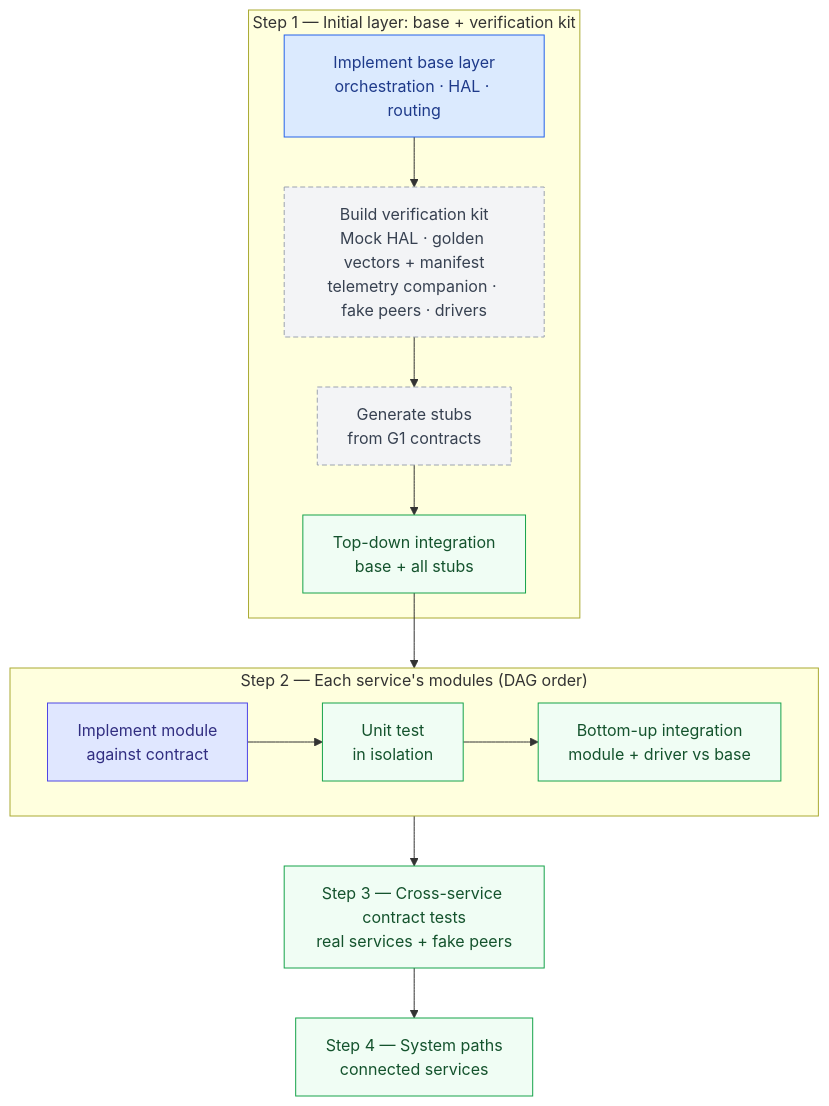
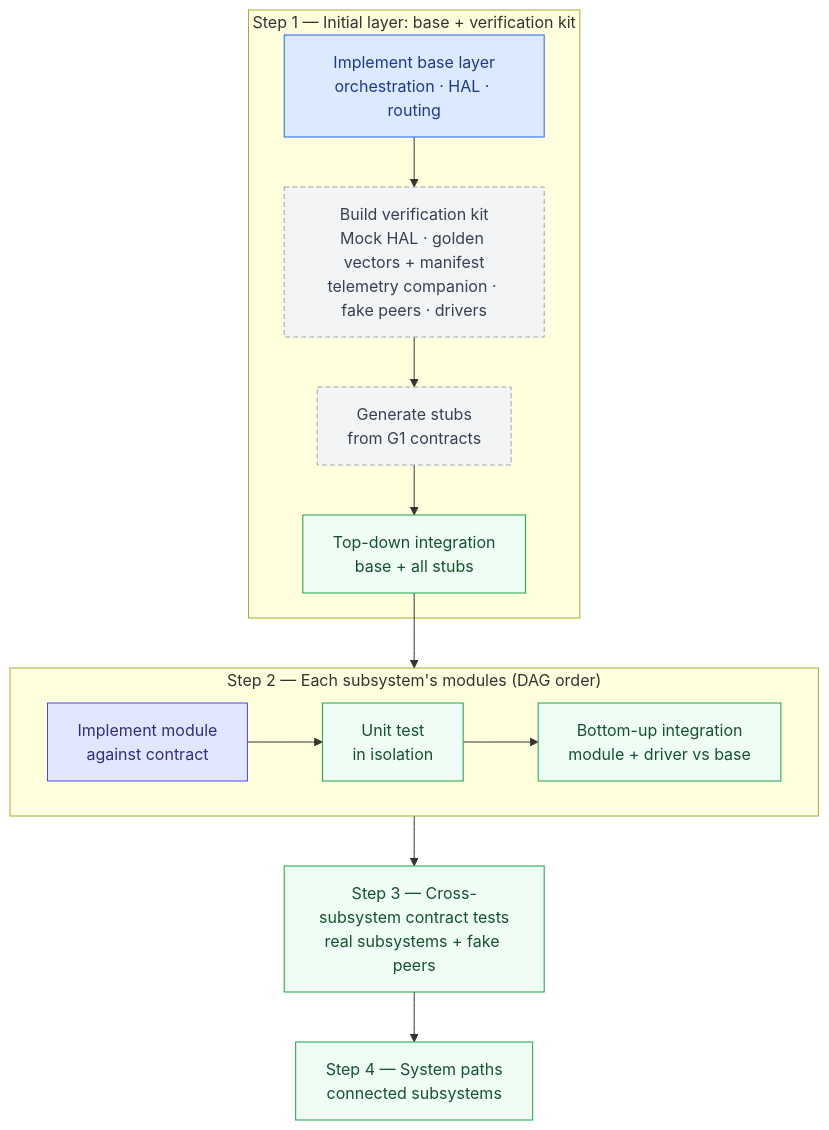
One commit to dramirezbe/codeanvil-gcpds changed the eighth of 11 diagrams in methodology/V-SIL-v3/V-SIL_v3.md. Above: the diagram before and after it, drawn with Mermaid. The commit also changed other lines of this file and 30 other files, not shown here.

First line of the commit message:
refactor: rename "service" to "subsystem" across methodology and tool

````diff
--- a/methodology/V-SIL-v3/V-SIL_v3.md
+++ b/methodology/V-SIL-v3/V-SIL_v3.md
@@ -297,26 +297,26 @@
 ```mermaid
 flowchart TD
     classDef base fill:#dbeafe,stroke:#2563eb,color:#1e3a8a
     classDef mod fill:#e0e7ff,stroke:#4f46e5,color:#312e81
     classDef test fill:#f0fdf4,stroke:#16a34a,color:#14532d
     classDef stub fill:#f3f4f6,stroke:#9ca3af,color:#374151,stroke-dasharray:5 3
 
     subgraph STEP1["Step 1 — Initial layer: base + verification kit"]
         B["Implement base layer<br/>orchestration · HAL · routing"]:::base
         KIT["Build verification kit<br/>Mock HAL · golden vectors + manifest<br/>telemetry companion · fake peers · drivers"]:::stub
         STUBS["Generate stubs<br/>from G1 contracts"]:::stub
         TD["Top-down integration<br/>base + all stubs"]:::test
         B --> KIT --> STUBS --> TD
     end
 
-    subgraph STEP2["Step 2 — Each service's modules (DAG order)"]
+    subgraph STEP2["Step 2 — Each subsystem's modules (DAG order)"]
         IMPL["Implement module<br/>against contract"]:::mod
         UT["Unit test<br/>in isolation"]:::test
         BU["Bottom-up integration<br/>module + driver vs base"]:::test
         IMPL --> UT --> BU
     end
 
     TD --> STEP2
-    STEP2 --> CONTRACT["Step 3 — Cross-service contract tests<br/>real services + fake peers"]:::test
-    CONTRACT --> SYSTEM["Step 4 — System paths<br/>connected services"]:::test
+    STEP2 --> CONTRACT["Step 3 — Cross-subsystem contract tests<br/>real subsystems + fake peers"]:::test
+    CONTRACT --> SYSTEM["Step 4 — System paths<br/>connected subsystems"]:::test
 ```
````
